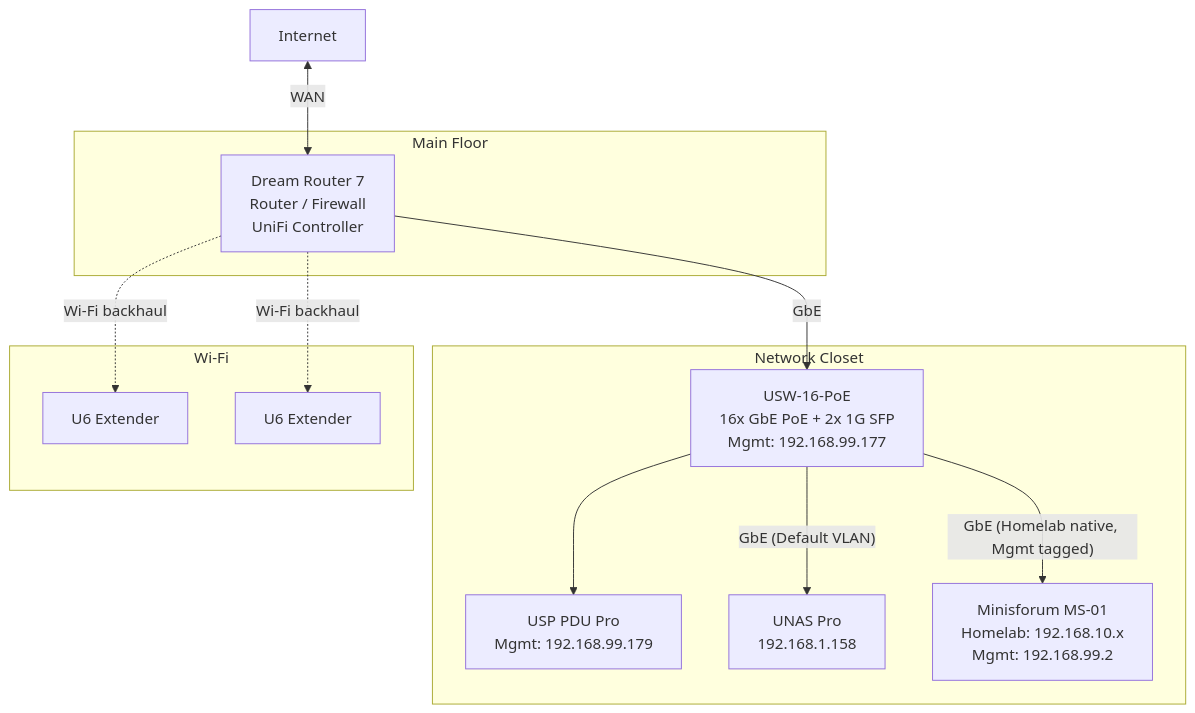
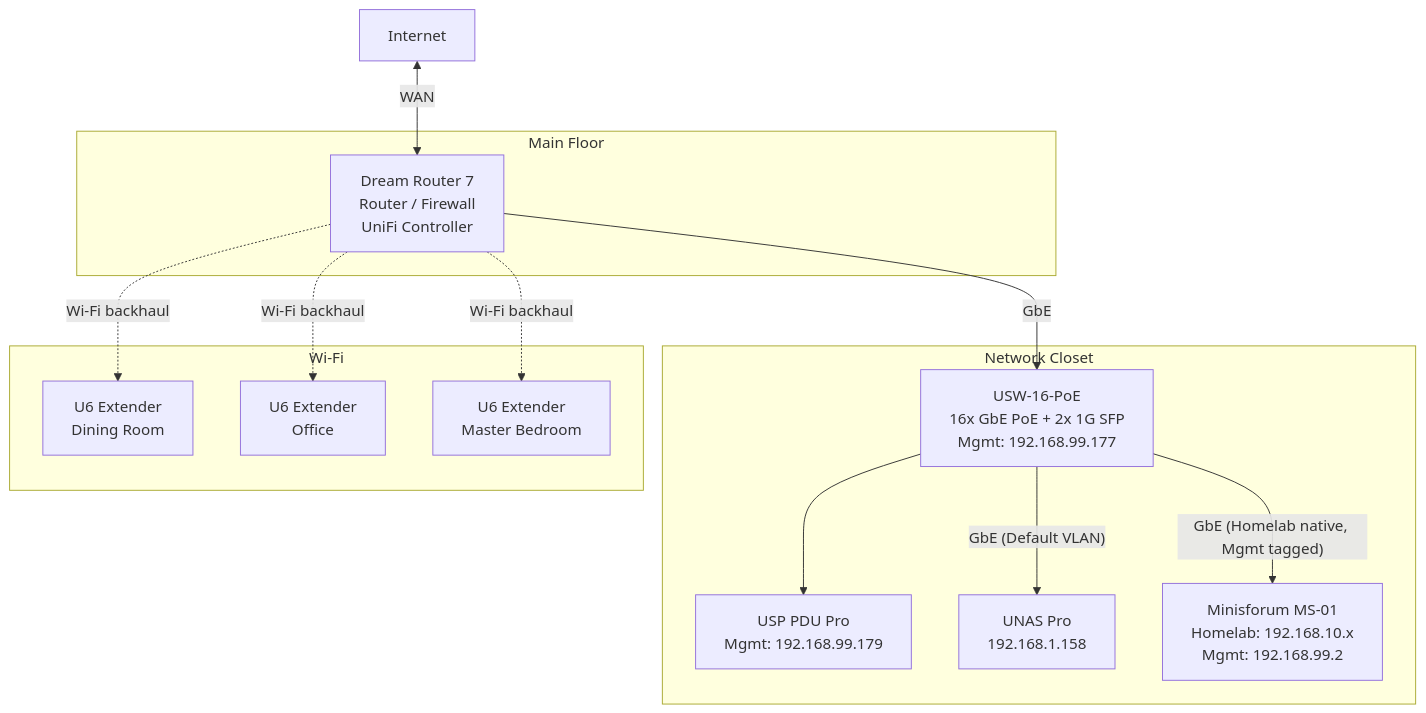
Before and after one commit to kyleseneker/homelab: the first of 2 diagrams in docs/architecture/network-infrastructure.md, drawn with Mermaid. The commit also changed other lines of this file and 4 other files, not shown here.

````diff
--- a/docs/architecture/network-infrastructure.md
+++ b/docs/architecture/network-infrastructure.md
@@ -7,27 +7,29 @@
 ```mermaid
 flowchart TD
     internet["Internet"] <-->|"WAN"| DR7
 
     subgraph main_floor ["Main Floor"]
         DR7["Dream Router 7<br/>Router / Firewall<br/>UniFi Controller"]
     end
 
     subgraph closet ["Network Closet"]
         SW["USW-16-PoE<br/>16x GbE PoE + 2x 1G SFP<br/>Mgmt: 192.168.99.177"]
         PDU["USP PDU Pro<br/>Mgmt: 192.168.99.179"]
         NAS["UNAS Pro<br/>192.168.1.158"]
         MS01["Minisforum MS-01<br/>Homelab: 192.168.10.x<br/>Mgmt: 192.168.99.2"]
     end
 
     subgraph wifi ["Wi-Fi"]
-        U6a["U6 Extender"]
-        U6b["U6 Extender"]
+        U6a["U6 Extender<br/>Dining Room"]
+        U6b["U6 Extender<br/>Office"]
+        U6c["U6 Extender<br/>Master Bedroom"]
     end
 
     DR7 -->|"GbE"| SW
     SW -->|"GbE (Default VLAN)"| NAS
     SW -->|"GbE (Homelab native, Mgmt tagged)"| MS01
     SW --> PDU
     DR7 -.->|"Wi-Fi backhaul"| U6a
     DR7 -.->|"Wi-Fi backhaul"| U6b
+    DR7 -.->|"Wi-Fi backhaul"| U6c
 ```
````
